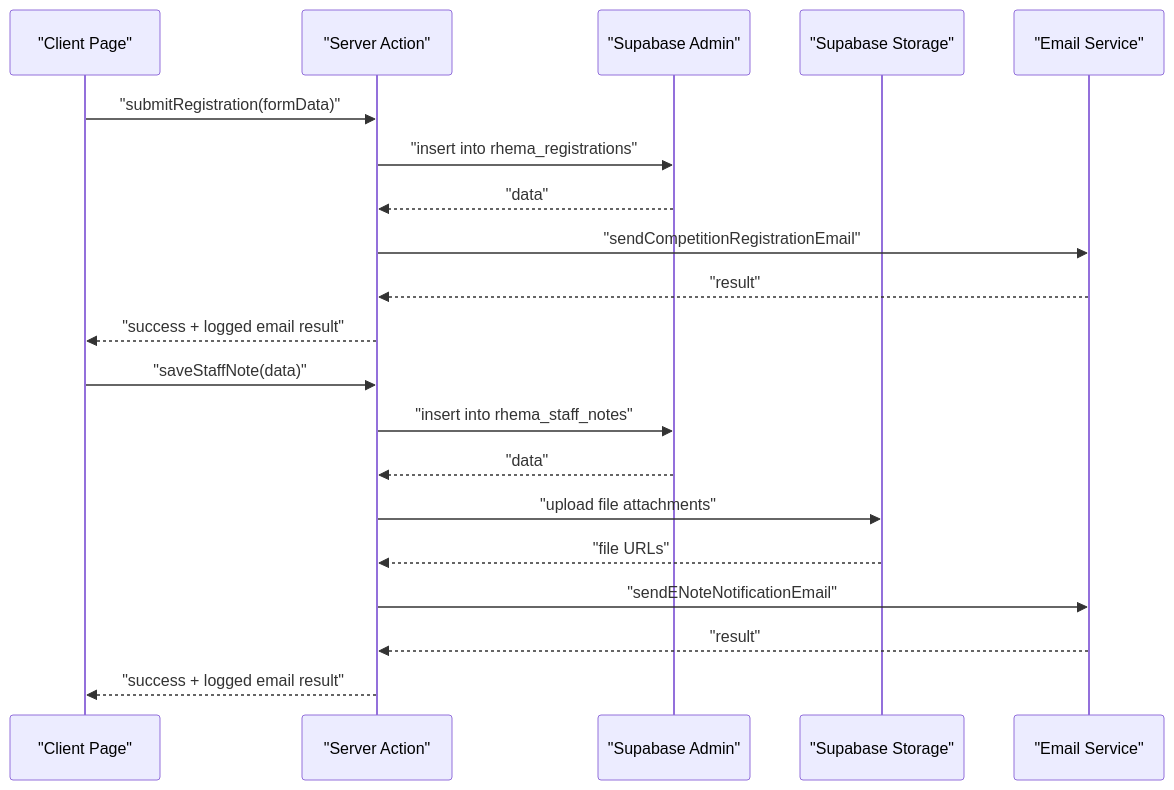
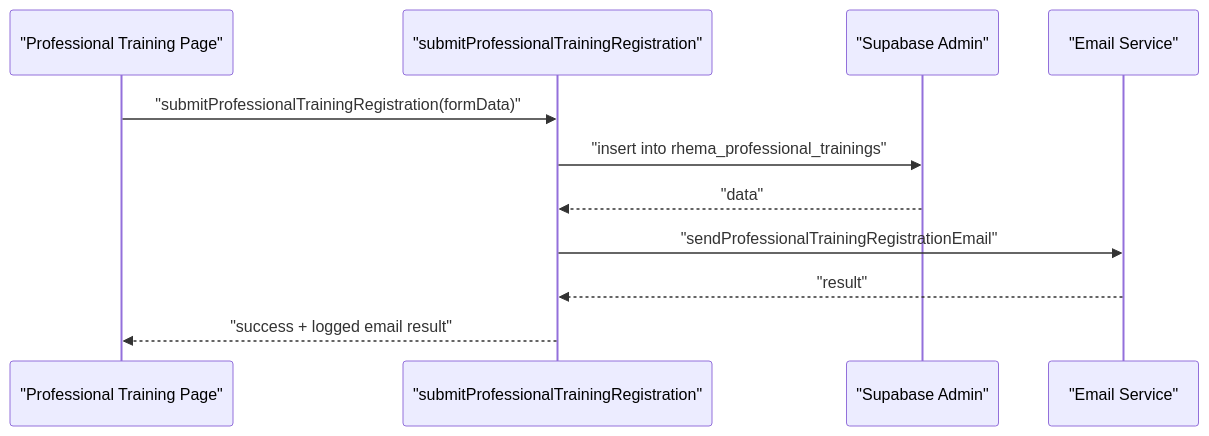
The eighth of 9 diagrams in .qoder/repowiki/en/content/Service Layer/Email Service.md (Black-box01/rhemaexpertsolutions), drawn with Mermaid before and after one commit. The commit also changed other lines of this file and 22 other files, not shown here.

First line of the commit message:
feat(professional-trainings): add professional training registration system

````diff
--- a/.qoder/repowiki/en/content/Service Layer/Email Service.md
+++ b/.qoder/repowiki/en/content/Service Layer/Email Service.md
@@ -308,22 +285,13 @@
 ```mermaid
 sequenceDiagram
-participant Page as "Client Page"
-participant Action as "Server Action"
+participant Page as "Professional Training Page"
+participant Action as "submitProfessionalTrainingRegistration"
 participant DB as "Supabase Admin"
-participant Storage as "Supabase Storage"
 participant Email as "Email Service"
-Page->>Action : "submitRegistration(formData)"
-Action->>DB : "insert into rhema_registrations"
+Page->>Action : "submitProfessionalTrainingRegistration(formData)"
+Action->>DB : "insert into rhema_professional_trainings"
 DB-->>Action : "data"
-Action->>Email : "sendCompetitionRegistrationEmail"
-Email-->>Action : "result"
-Action-->>Page : "success + logged email result"
-Page->>Action : "saveStaffNote(data)"
-Action->>DB : "insert into rhema_staff_notes"
-DB-->>Action : "data"
-Action->>Storage : "upload file attachments"
-Storage-->>Action : "file URLs"
-Action->>Email : "sendENoteNotificationEmail"
+Action->>Email : "sendProfessionalTrainingRegistrationEmail"
 Email-->>Action : "result"
 Action-->>Page : "success + logged email result"
 ```
````
